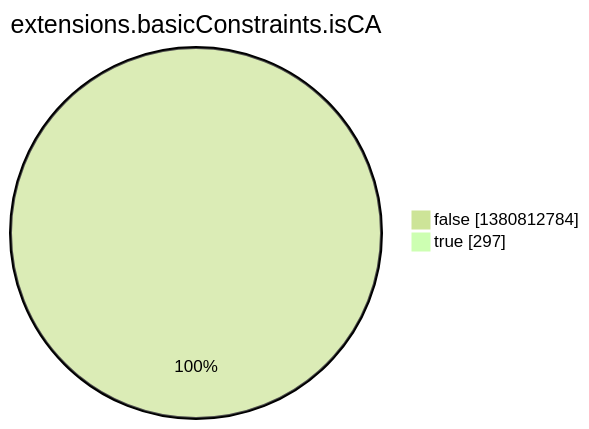
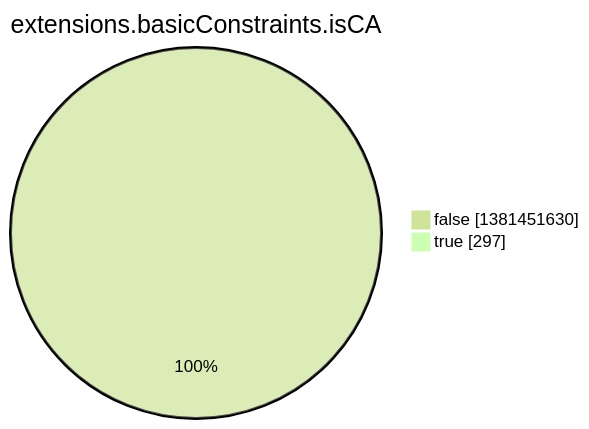
One commit to christiankrug/ctmonitor_visualization changed the eighth of 15 diagrams in argon2022/README.md. Above: the diagram before and after it, drawn with Mermaid (forest theme). The commit also changed other lines of this file, not shown here.

````diff
--- a/argon2022/README.md
+++ b/argon2022/README.md
@@ -2759,6 +2759,6 @@
 ```mermaid
 pie showData
 title extensions.basicConstraints.isCA
-"false" :1380812784
+"false" :1381451630
 "true" :297
 ```
````
